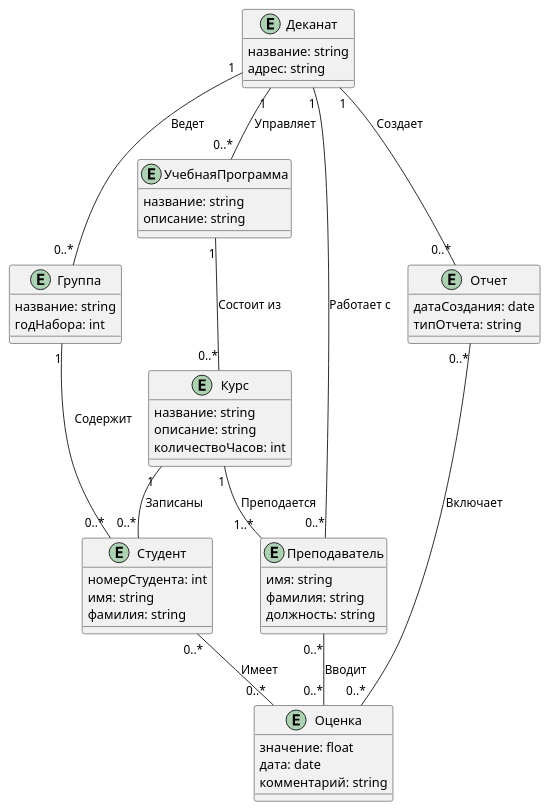
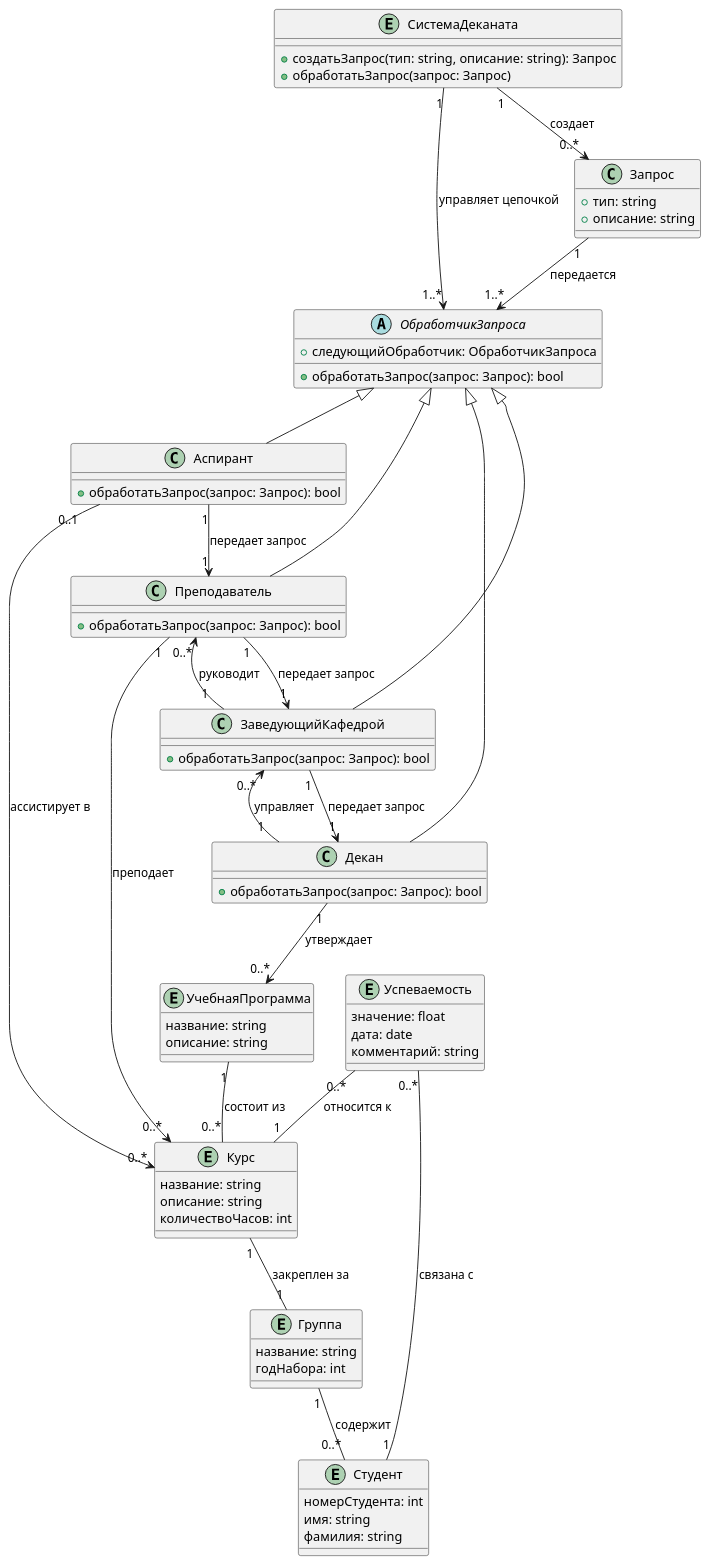
One commit to penamarth/bsbo-02-22_team4_var4 changed the diagram in Модель предметной области.md. Above: the diagram before and after it, drawn with PlantUML.

Commit message:
Update Модель предметной области.md

````diff
--- a/Модель предметной области.md
+++ b/Модель предметной области.md
@@ -1,5 +1,35 @@
 ```plantuml
 @startuml
+entity СистемаДеканата {
+    + создатьЗапрос(тип: string, описание: string): Запрос
+    + обработатьЗапрос(запрос: Запрос)
+}
+
+abstract class ОбработчикЗапроса {
+    + следующийОбработчик: ОбработчикЗапроса
+    + обработатьЗапрос(запрос: Запрос): bool
+}
+
+class Запрос {
+    + тип: string
+    + описание: string
+}
+
+class Аспирант {
+    + обработатьЗапрос(запрос: Запрос): bool
+}
+
+class Преподаватель {
+    + обработатьЗапрос(запрос: Запрос): bool
+}
+
+class ЗаведующийКафедрой {
+    + обработатьЗапрос(запрос: Запрос): bool
+}
+
+class Декан {
+    + обработатьЗапрос(запрос: Запрос): bool
+}
 
 entity УчебнаяПрограмма {
     название: string
@@ -12,54 +42,47 @@
     количествоЧасов: int
 }
 
+entity Группа {
+    название: string
+    годНабора: int
+}
+
 entity Студент {
     номерСтудента: int
     имя: string
     фамилия: string
 }
 
-entity Преподаватель {
-    имя: string
-    фамилия: string
-    должность: string
-}
-
-entity Оценка {
+entity Успеваемость {
     значение: float
     дата: date
     комментарий: string
 }
 
-entity Отчет {
-    датаСоздания: date
-    типОтчета: string
-}
+ОбработчикЗапроса <|-- Аспирант
+ОбработчикЗапроса <|-- Преподаватель
+ОбработчикЗапроса <|-- ЗаведующийКафедрой
+ОбработчикЗапроса <|-- Декан
 
-entity Деканат {
-    название: string
-    адрес: string
-}
+СистемаДеканата "1" --> "1..*" ОбработчикЗапроса : управляет цепочкой
+СистемаДеканата "1" --> "0..*" Запрос : создает
 
-entity Группа {
-    название: string
-    годНабора: int
-}
+Запрос "1" --> "1..*" ОбработчикЗапроса : передается
 
-УчебнаяПрограмма "1" -- "0..*" Курс : Состоит из
-Курс "1" -- "0..*" Студент : Записаны
-Курс "1" -- "1..*" Преподаватель : Преподается
+Аспирант "1" --> "1" Преподаватель : передает запрос
+Преподаватель "1" --> "1" ЗаведующийКафедрой : передает запрос
+ЗаведующийКафедрой "1" --> "1" Декан : передает запрос
 
-Студент "0..*" -- "0..*" Оценка : Имеет
-Преподаватель "0..*" -- "0..*" Оценка : Вводит
+УчебнаяПрограмма "1" -- "0..*" Курс : состоит из
+Курс "1" -- "1" Группа : закреплен за
+Группа "1" -- "0..*" Студент : содержит
+Успеваемость "0..*" -- "1" Студент : связана с
+Успеваемость "0..*" -- "1" Курс : относится к
 
-Деканат "1" -- "0..*" УчебнаяПрограмма : Управляет
-Деканат "1" -- "0..*" Преподаватель : Работает с
-Деканат "1" -- "0..*" Группа : Ведет
-
-Группа "1" -- "0..*" Студент : Содержит
-
-Отчет "0..*" -- "0..*" Оценка : Включает
-Деканат "1" -- "0..*" Отчет : Создает
-
+Аспирант "0..1" --> "0..*" Курс : ассистирует в
+Преподаватель "1" --> "0..*" Курс : преподает
+ЗаведующийКафедрой "1" --> "0..*" Преподаватель : руководит
+Декан "1" --> "0..*" ЗаведующийКафедрой : управляет
+Декан "1" --> "0..*" УчебнаяПрограмма : утверждает
 @enduml
 ```
````
